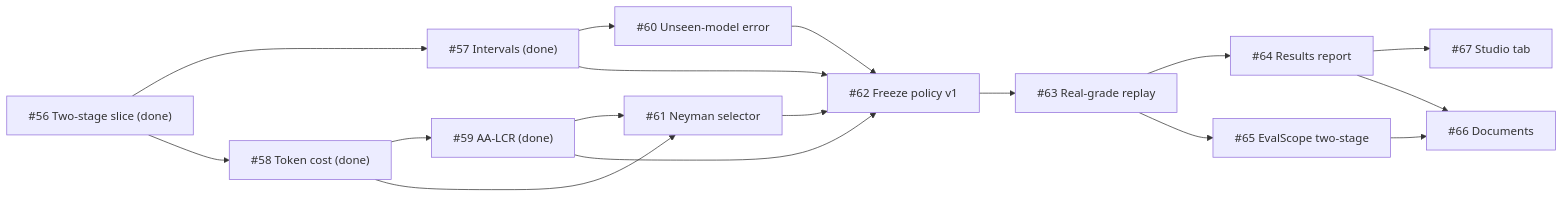
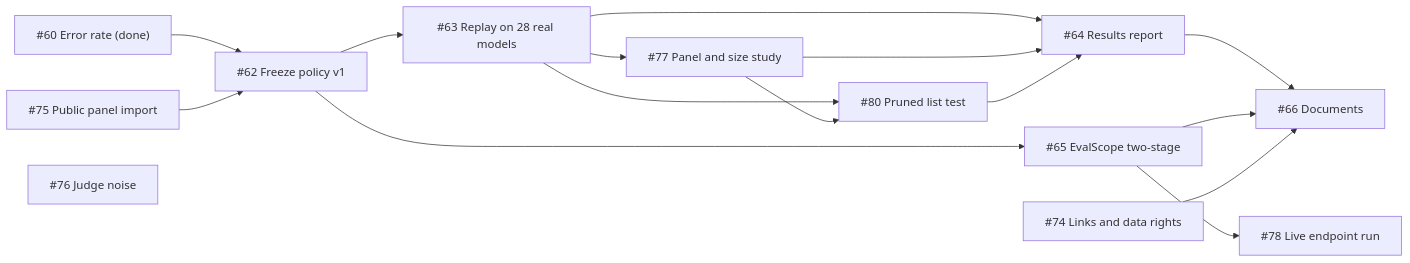
The third of 3 diagrams in README.md (sdv1708/ai-model-benchmark), drawn with Mermaid before and after one commit. The commit also changed other lines of this file and 1 other file, not shown here.

````diff
--- a/README.md
+++ b/README.md
@@ -588,19 +633,18 @@
 ```mermaid
 flowchart LR
-    I56["#56 Two-stage slice (done)"] --> I57["#57 Intervals (done)"]
-    I56 --> I58["#58 Token cost (done)"]
-    I58 --> I59["#59 AA-LCR (done)"]
-    I57 --> I60["#60 Unseen-model error"]
-    I58 --> I61["#61 Neyman selector"]
-    I59 --> I61
-    I57 --> I62["#62 Freeze policy v1"]
-    I59 --> I62
-    I60 --> I62
-    I61 --> I62
-    I62 --> I63["#63 Real-grade replay"]
+    I60["#60 Error rate (done)"] --> I62["#62 Freeze policy v1"]
+    I75["#75 Public panel import"] --> I62
+    I62 --> I63["#63 Replay on 28 real models"]
+    I62 --> I65["#65 EvalScope two-stage"]
+    I63 --> I77["#77 Panel and size study"]
+    I63 --> I80["#80 Pruned list test"]
+    I77 --> I80
+    I65 --> I78["#78 Live endpoint run"]
     I63 --> I64["#64 Results report"]
-    I63 --> I65["#65 EvalScope two-stage"]
-    I64 --> I67["#67 Studio tab"]
+    I77 --> I64
+    I80 --> I64
     I64 --> I66["#66 Documents"]
     I65 --> I66
+    I74["#74 Links and data rights"] --> I66
+    I76["#76 Judge noise"]
 ```
````
